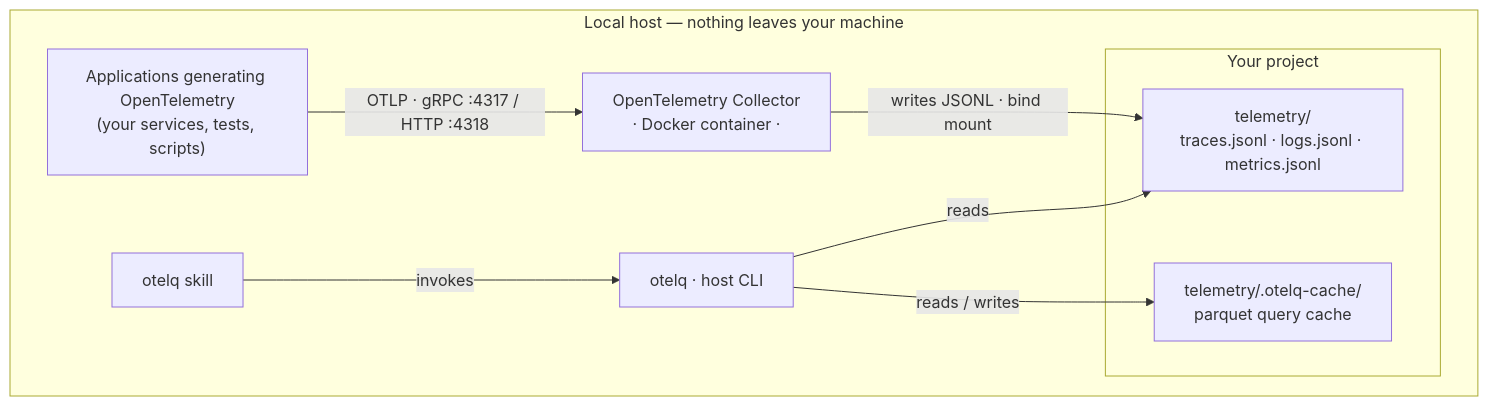
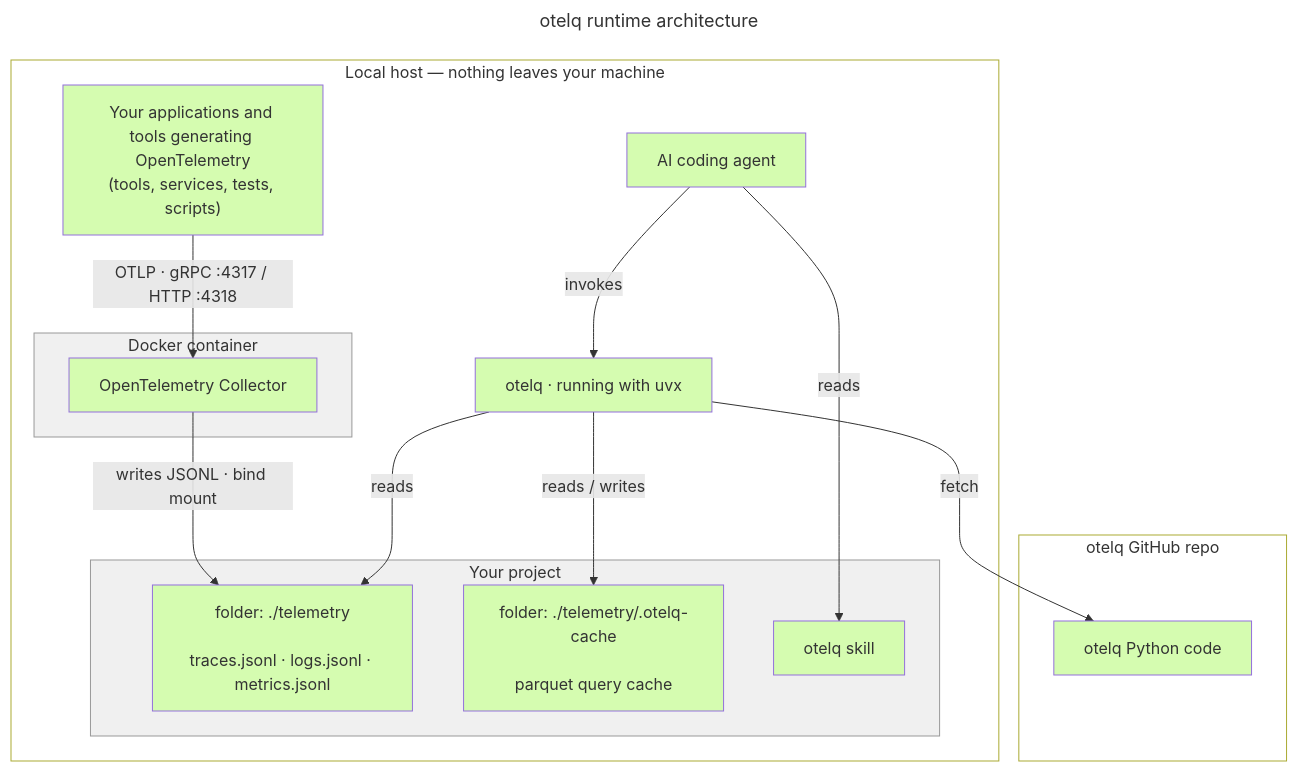
The diagram in README.md (robertgartman/otelq), drawn with Mermaid before and after one commit. The commit also changed other lines of this file, not shown here.

Commit message:
docs(README): update architecture diagram and descriptions for clarity

````diff
--- a/README.md
+++ b/README.md
@@ -75,20 +75,44 @@
 ```mermaid
+---
+title: "otelq runtime architecture"
+config:
+  themeVariables:
+    clusterBkg: transparent
+---
 flowchart TB
+
+  subgraph github["otelq GitHub repo"]
+    otelq-code["otelq Python code"]
+  end
+
   subgraph host["Local host — nothing leaves your machine"]
-    apps["Applications generating OpenTelemetry<br/>(your services, tests, scripts)"]
-    collector["OpenTelemetry Collector<br/>· Docker container ·"]
-    skill["otelq skill"]
-    otelq["otelq · host CLI"]
+
+    apps["Your applications and tools generating OpenTelemetry<br/>(tools, services, tests, scripts)"]
+
+    agent["AI coding agent"]
+
+    otelq-uvx["otelq · running with uvx"]
+
+    subgraph docker["Docker container"]
+      collector["OpenTelemetry Collector"]
+    end
 
     subgraph project["Your project"]
-      signals["telemetry/<br/>traces.jsonl · logs.jsonl · metrics.jsonl"]
-      cache["telemetry/.otelq-cache/<br/>parquet query cache"]
+      signals["folder: ./telemetry<br/><br/>traces.jsonl · logs.jsonl · metrics.jsonl"]
+      cache["folder: ./telemetry/.otelq-cache<br/><br/>parquet query cache"]
+      skill["otelq skill"]
     end
   end
 
   apps -->|"OTLP · gRPC :4317 / HTTP :4318"| collector
   collector -->|"writes JSONL · bind mount"| signals
-  skill -->|invokes| otelq
-  otelq -->|reads| signals
-  otelq -->|"reads / writes"| cache
+  agent -->|invokes| otelq-uvx
+  agent -->|reads| skill
+  otelq-uvx -->|reads| signals
+  otelq-uvx -->|"reads / writes"| cache
+  otelq-uvx -->|fetch| otelq-code
+
+  classDef default fill:#d5fcb0
+  classDef whiteBg fill:#f0f0f0,stroke:#999999
+  class docker,project whiteBg
 ```
````
